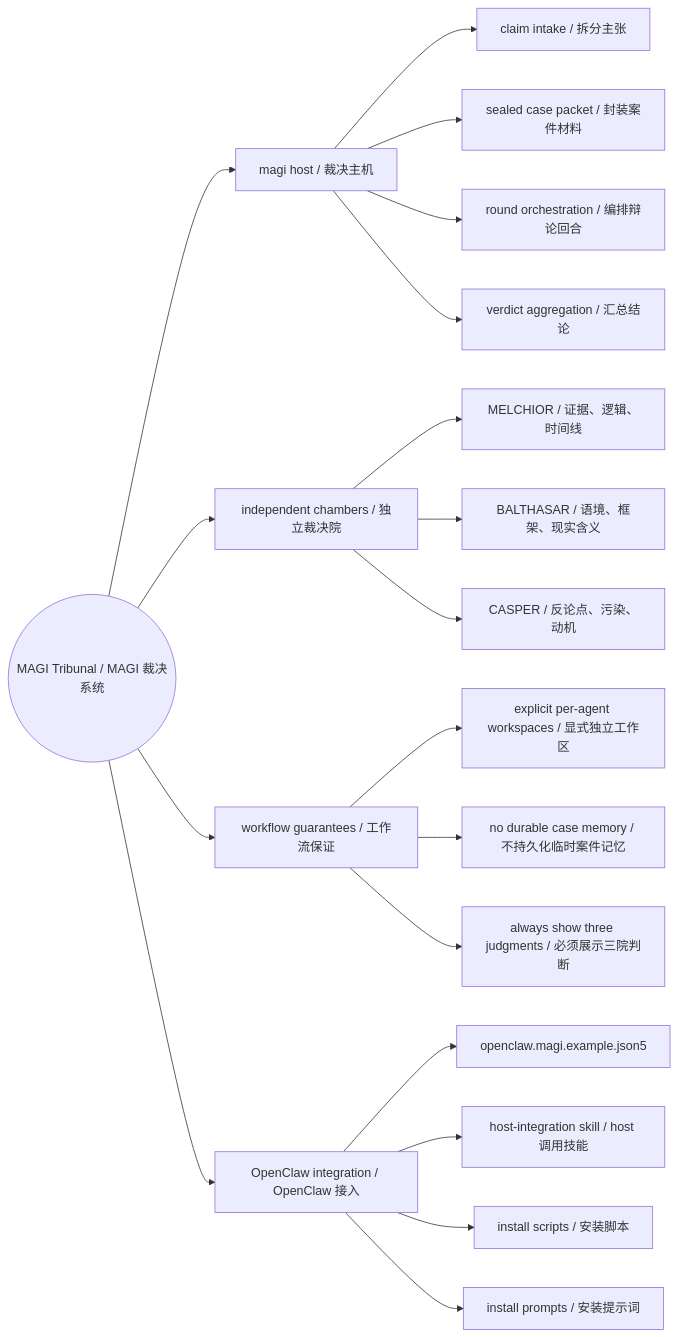
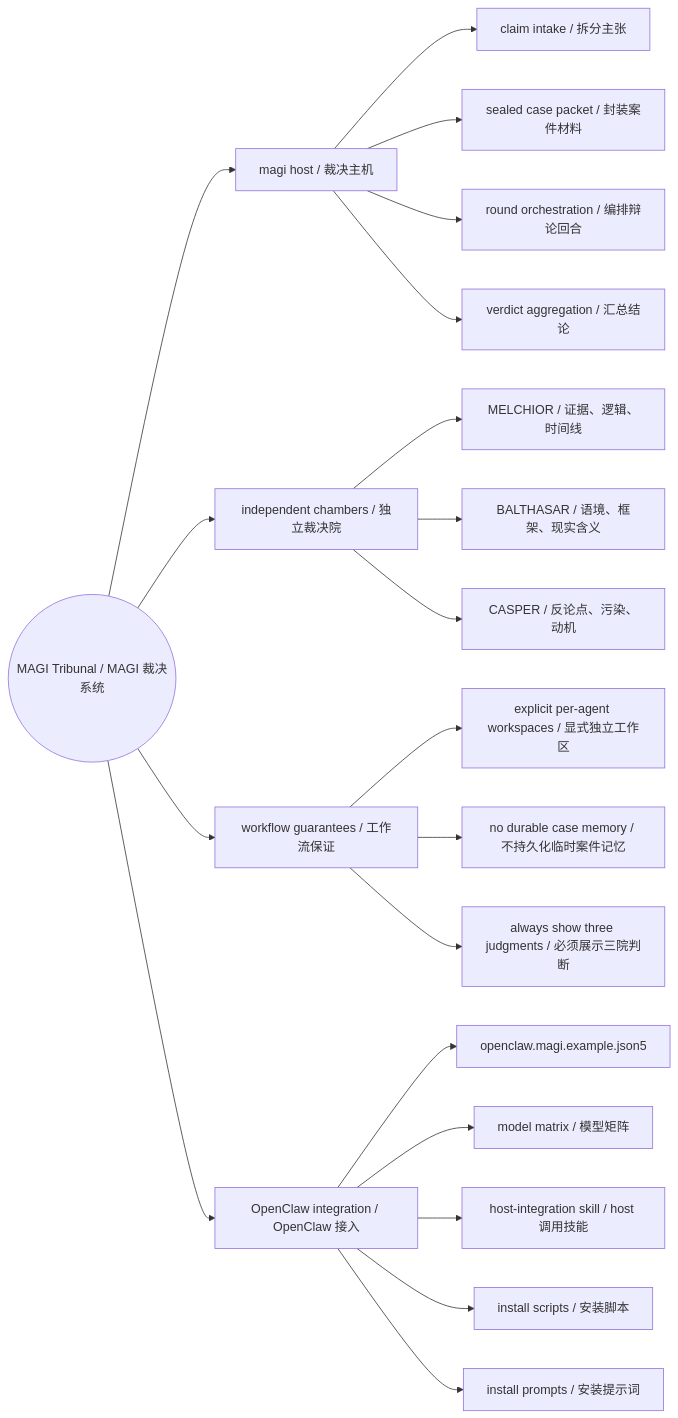
Before and after one commit to LagrangeNSS/openclaw-magi-tribunal: the first of 3 diagrams in README.md, drawn with Mermaid. The commit also changed other lines of this file and 4 other files, not shown here.

````diff
--- a/README.md
+++ b/README.md
@@ -40,26 +40,27 @@
 ```mermaid
 flowchart LR
     R(("MAGI Tribunal / MAGI 裁决系统"))
 
     R --> H["magi host / 裁决主机"]
     H --> H1["claim intake / 拆分主张"]
     H --> H2["sealed case packet / 封装案件材料"]
     H --> H3["round orchestration / 编排辩论回合"]
     H --> H4["verdict aggregation / 汇总结论"]
 
     R --> C["independent chambers / 独立裁决院"]
     C --> C1["MELCHIOR / 证据、逻辑、时间线"]
     C --> C2["BALTHASAR / 语境、框架、现实含义"]
     C --> C3["CASPER / 反论点、污染、动机"]
 
     R --> G["workflow guarantees / 工作流保证"]
     G --> G1["explicit per-agent workspaces / 显式独立工作区"]
     G --> G2["no durable case memory / 不持久化临时案件记忆"]
     G --> G3["always show three judgments / 必须展示三院判断"]
 
     R --> I["OpenClaw integration / OpenClaw 接入"]
     I --> I1["openclaw.magi.example.json5"]
-    I --> I2["host-integration skill / host 调用技能"]
-    I --> I3["install scripts / 安装脚本"]
-    I --> I4["install prompts / 安装提示词"]
+    I --> I2["model matrix / 模型矩阵"]
+    I --> I3["host-integration skill / host 调用技能"]
+    I --> I4["install scripts / 安装脚本"]
+    I --> I5["install prompts / 安装提示词"]
 ```
````
